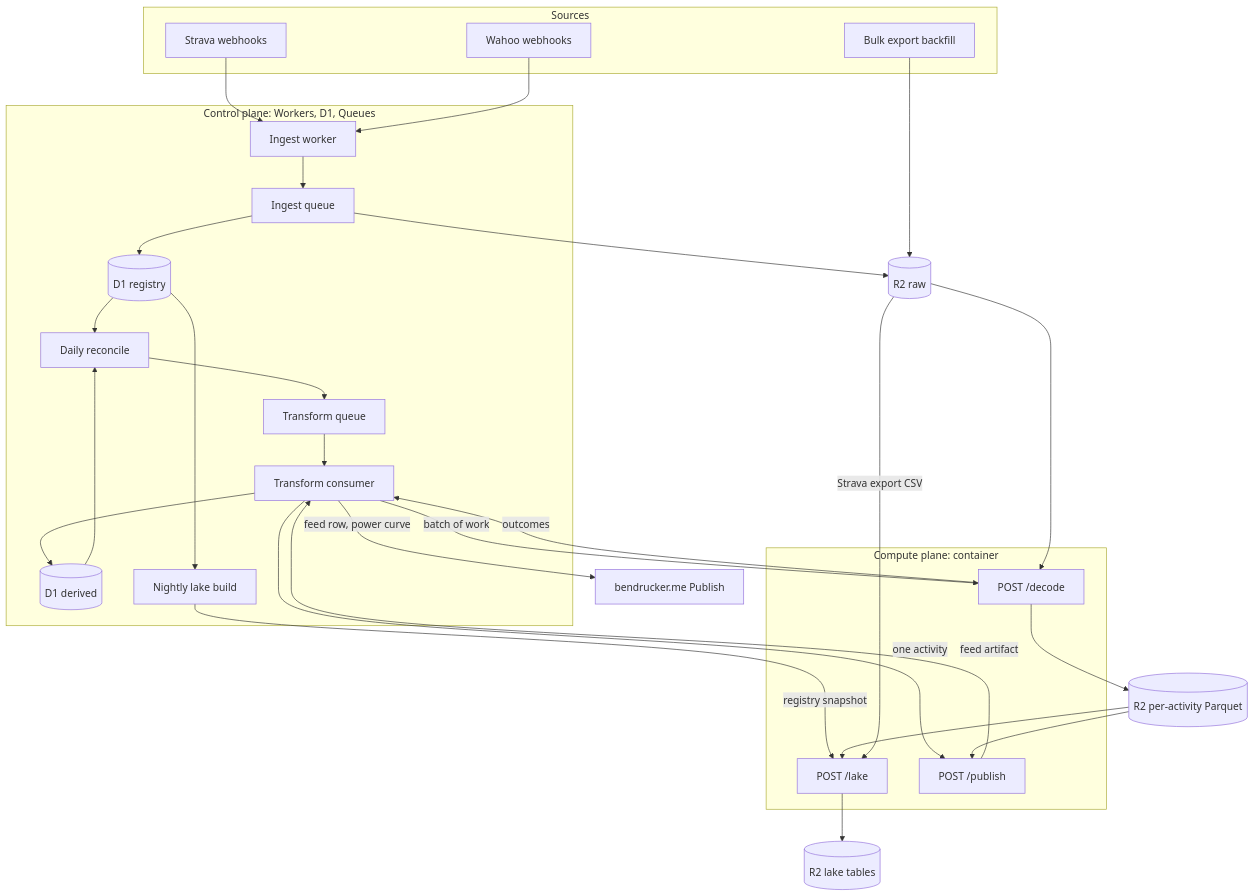
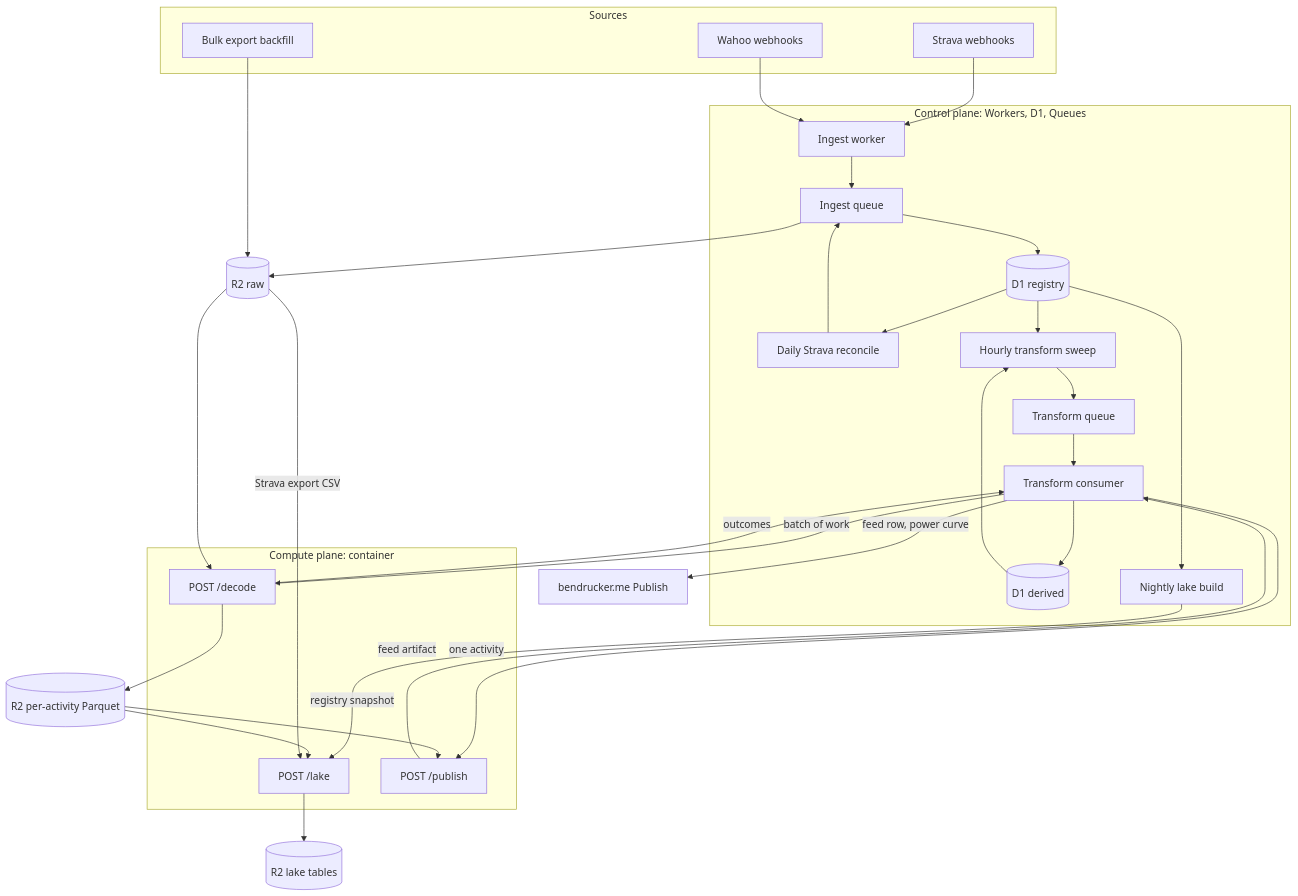
Before and after one commit to bendrucker/activity-hub: the first of 2 diagrams in README.md, drawn with Mermaid. The commit also changed other lines of this file and 3 other files, not shown here.

````diff
--- a/README.md
+++ b/README.md
@@ -13,51 +13,53 @@
 ```mermaid
 flowchart TB
     subgraph sources[Sources]
         strava[Strava webhooks]
         wahoo[Wahoo webhooks]
         export[Bulk export backfill]
     end
 
     subgraph control[Control plane: Workers, D1, Queues]
         ingest[Ingest worker]
         iqueue[Ingest queue]
         registry[(D1 registry)]
-        cron[Daily reconcile]
+        cron[Daily Strava reconcile]
+        sweepcron[Hourly transform sweep]
         tqueue[Transform queue]
         consumer[Transform consumer]
         derived[(D1 derived)]
         lakecron[Nightly lake build]
     end
 
     subgraph compute[Compute plane: container]
         decode[POST /decode]
         lake[POST /lake]
         publish[POST /publish]
     end
 
     site[bendrucker.me Publish]
 
     strava --> ingest
     wahoo --> ingest
     ingest --> iqueue --> registry
     export --> raw
     iqueue --> raw[(R2 raw)]
 
-    registry --> cron --> tqueue --> consumer
+    registry --> cron --> iqueue
+    registry --> sweepcron --> tqueue --> consumer
     consumer -->|batch of work| decode
     raw --> decode
     decode --> parquet[(R2 per-activity Parquet)]
     decode -->|outcomes| consumer
     consumer --> derived
-    derived --> cron
+    derived --> sweepcron
 
     consumer -->|one activity| publish
     parquet --> publish
     publish -->|feed artifact| consumer
     consumer -->|feed row, power curve| site
 
     registry --> lakecron -->|registry snapshot| lake
     parquet --> lake
     raw -->|Strava export CSV| lake
     lake --> tables[(R2 lake tables)]
 ```
````
